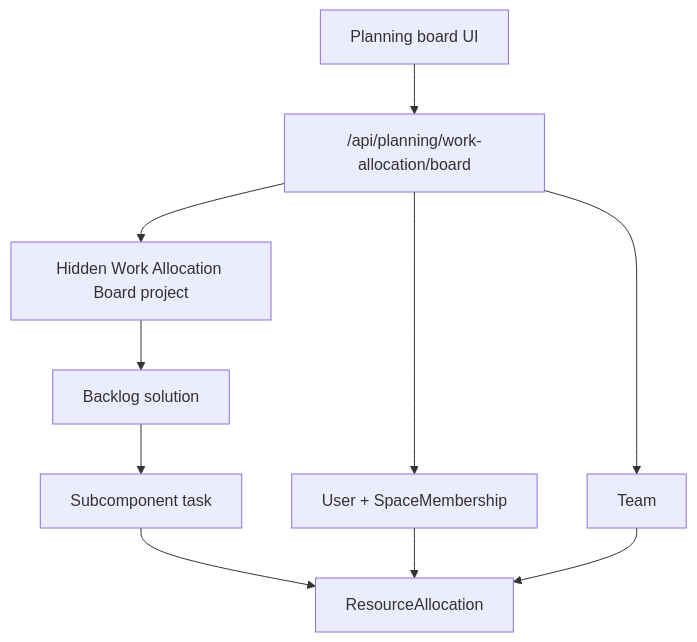
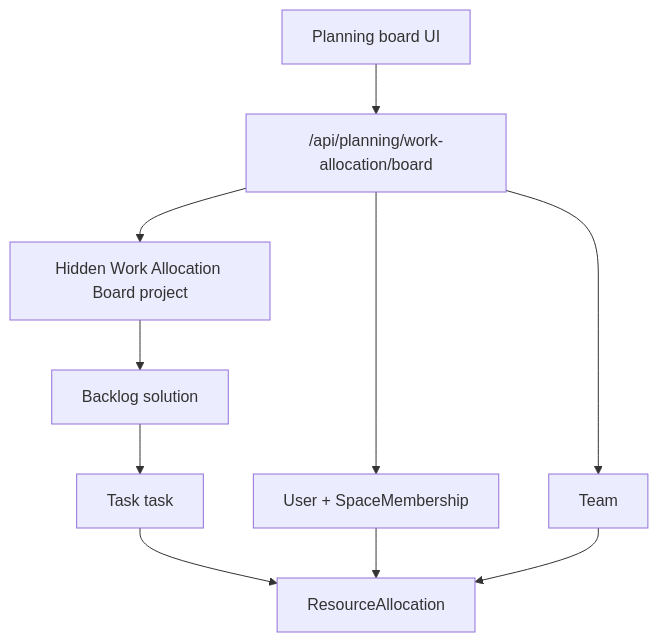
Before and after one commit to lukegob10/sipm: the fourth of 5 diagrams in docs/data-dictionary.md, drawn with Mermaid. The commit also changed other lines of this file and 115 other files, not shown here.

````diff
--- a/docs/data-dictionary.md
+++ b/docs/data-dictionary.md
@@ -737,12 +737,12 @@
 ```mermaid
 flowchart TD
   Board["Planning board UI"] --> BoardApi["/api/planning/work-allocation/board"]
   BoardApi --> HiddenProject["Hidden Work Allocation Board project"]
   HiddenProject --> HiddenSolution["Backlog solution"]
-  HiddenSolution --> Task["Subcomponent task"]
+  HiddenSolution --> Task["Task task"]
   BoardApi --> Person["User + SpaceMembership"]
   BoardApi --> Team["Team"]
   Task --> Assignment["ResourceAllocation"]
   Person --> Assignment
   Team --> Assignment
 ```
````
